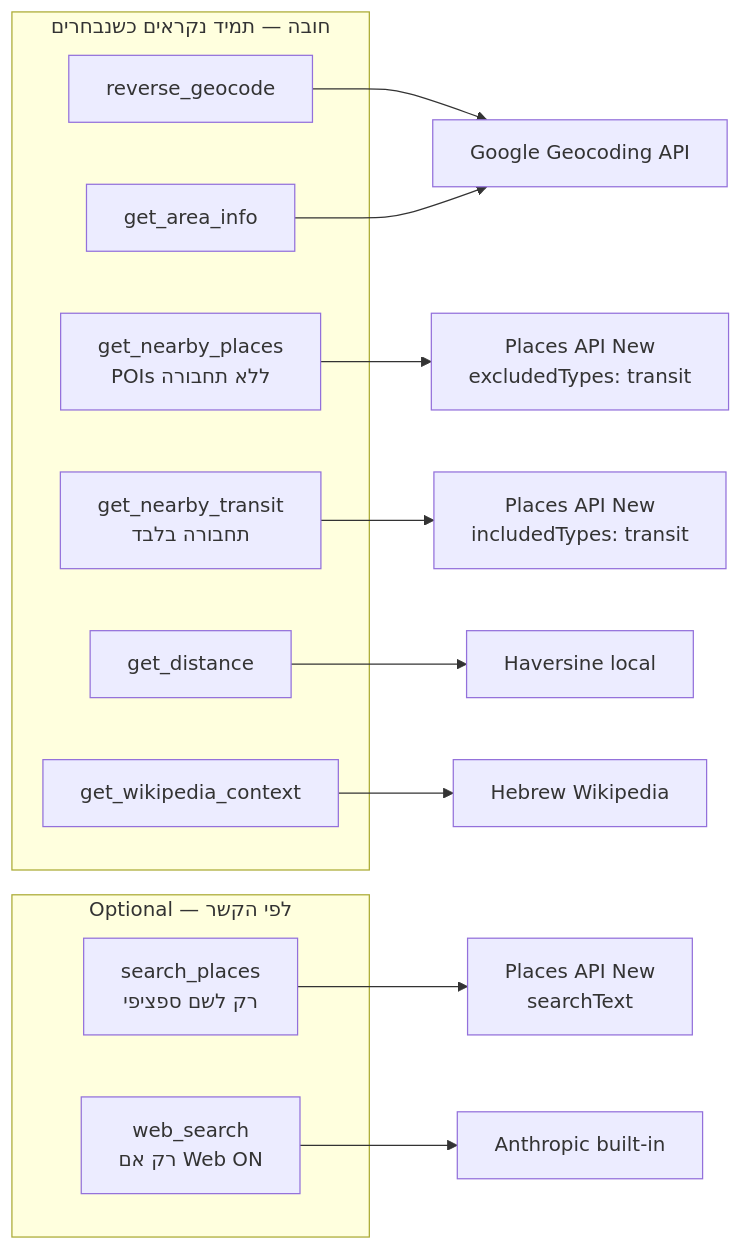
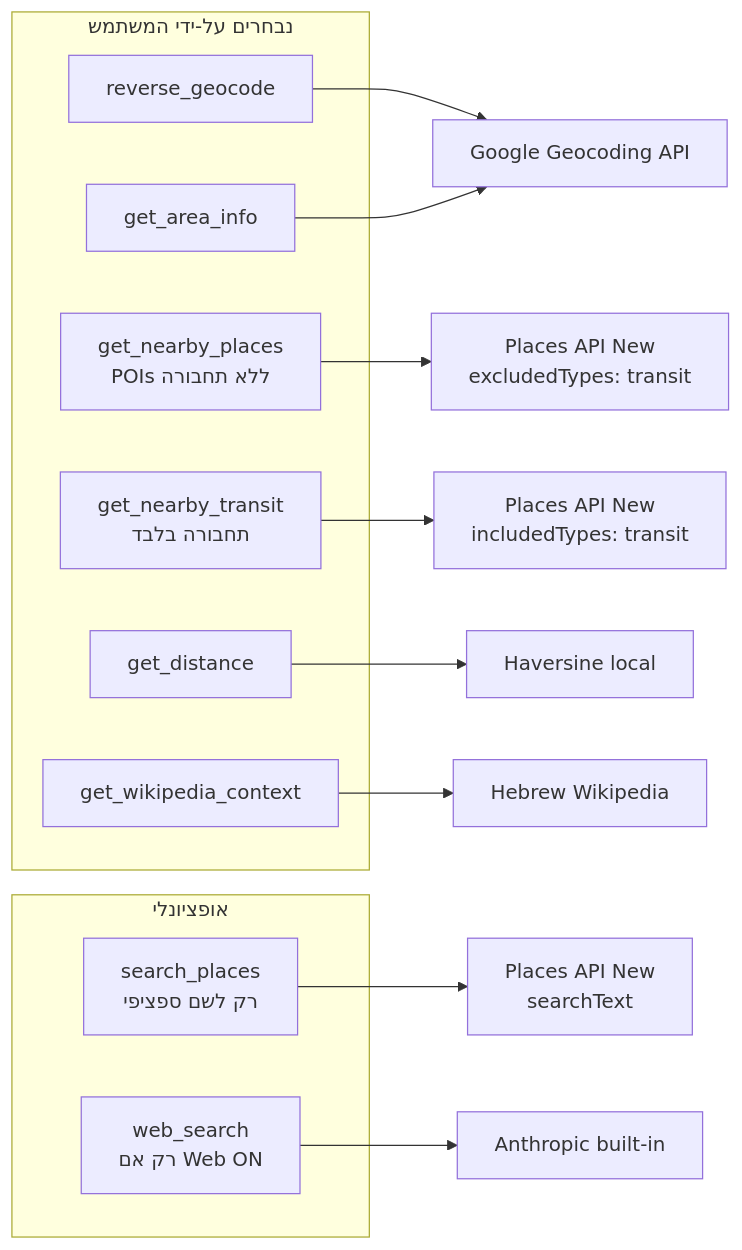
Before and after one commit to DadashevG/DanGeoChat: the fourth of 5 diagrams in FLOW.md, drawn with Mermaid. The commit also changed other lines of this file and 15 other files, not shown here.

````diff
--- a/FLOW.md
+++ b/FLOW.md
@@ -109,24 +149,24 @@
 ```mermaid
 graph LR
-    subgraph Required["חובה — תמיד נקראים כשנבחרים"]
+    subgraph Required["נבחרים על-ידי המשתמש"]
         R1[reverse_geocode]
         R2[get_area_info]
         R3[get_nearby_places\nPOIs ללא תחבורה]
         R4[get_nearby_transit\nתחבורה בלבד]
         R5[get_distance]
         R6[get_wikipedia_context]
     end
 
-    subgraph Optional["Optional — לפי הקשר"]
+    subgraph Optional["אופציונלי"]
         O1[search_places\nרק לשם ספציפי]
         O2[web_search\nרק אם Web ON]
     end
 
     R1 & R2 --> GA[Google Geocoding API]
     R3 --> GP1[Places API New\nexcludedTypes: transit]
     R4 --> GP2[Places API New\nincludedTypes: transit]
     O1 --> GP3[Places API New\nsearchText]
     R5 --> HV[Haversine local]
     R6 --> WK[Hebrew Wikipedia]
     O2 --> ANT[Anthropic built-in]
 ```
````
